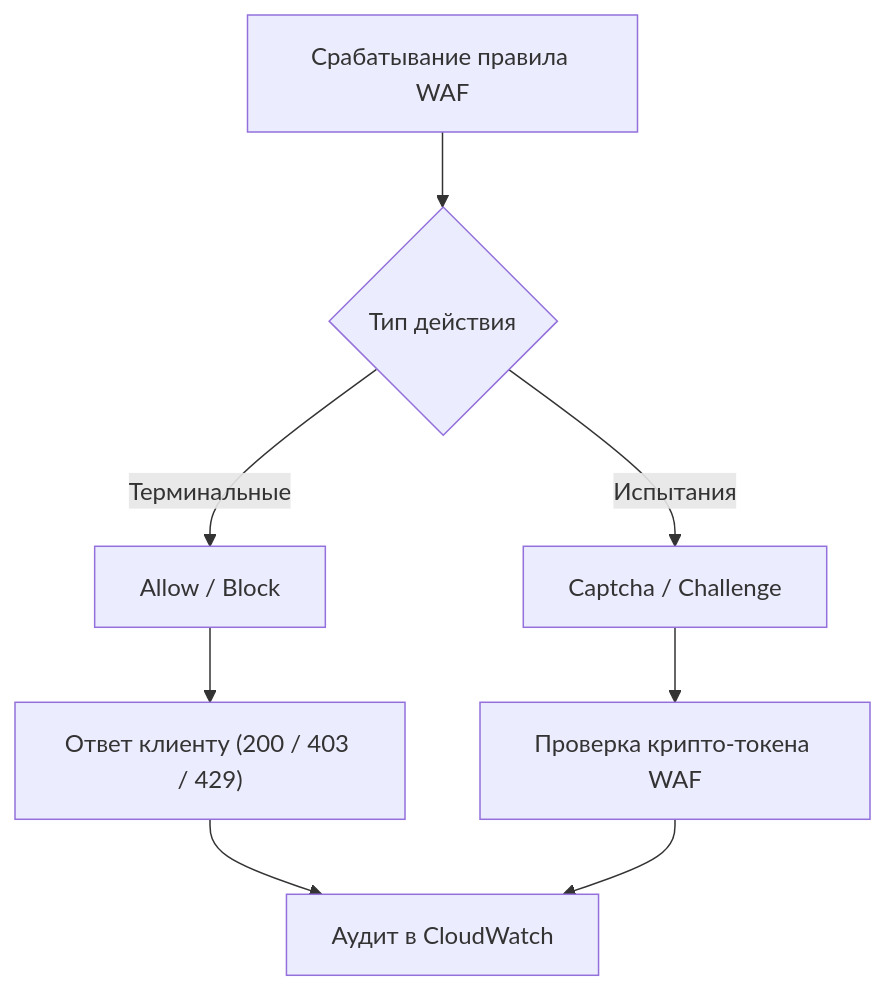
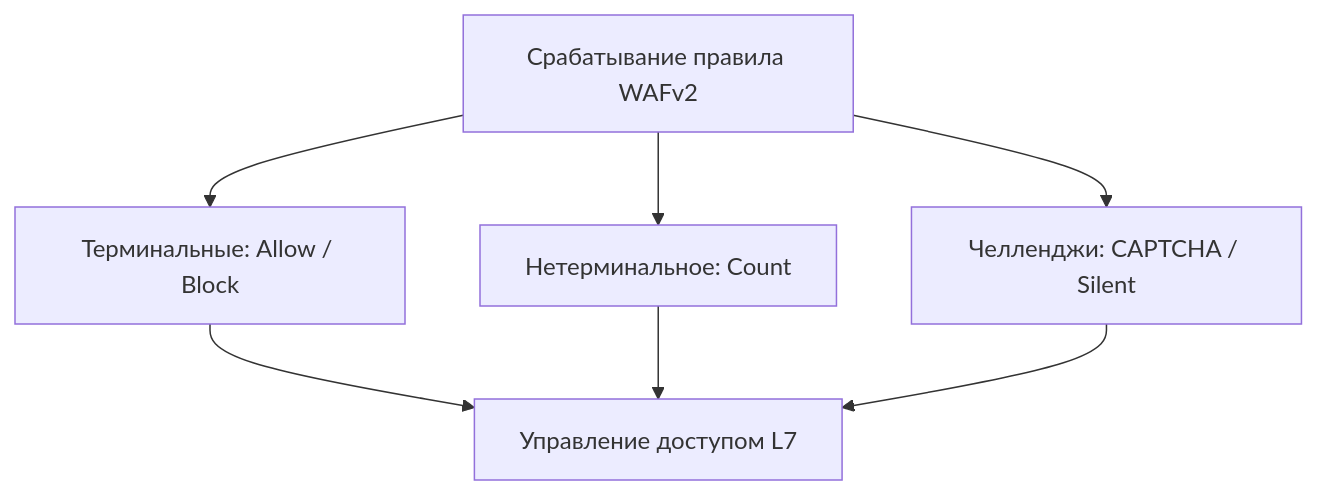
Before and after one commit to y-kolyada/aws-waf: the diagram in diagrams/06-actions-verdict-decision.mmd, drawn with Mermaid. The commit also changed 35 other files, not shown here.

```diff
--- a/diagrams/06-actions-verdict-decision.mmd
+++ b/diagrams/06-actions-verdict-decision.mmd
@@ -1,8 +1,7 @@
 flowchart TD
-    Match["Срабатывание правила WAF"] --> Decision{"Тип действия"}
-    Decision -->|Терминальные| Term["Allow / Block"]
-    Decision -->|Испытания| Test["Captcha / Challenge"]
-    Term --> Client["Ответ клиенту (200 / 403 / 429)"]
-    Test --> Token["Проверка крипто-токена WAF"]
-    Client --> Audit["Аудит в CloudWatch"]
-    Token --> Audit
+    Match["Срабатывание правила WAFv2"] --> Term["Терминальные: Allow / Block"]
+    Match --> NonTerm["Нетерминальное: Count"]
+    Match --> Chall["Челленджи: CAPTCHA / Silent"]
+    Term --> Out["Управление доступом L7"]
+    NonTerm --> Out
+    Chall --> Out
```
